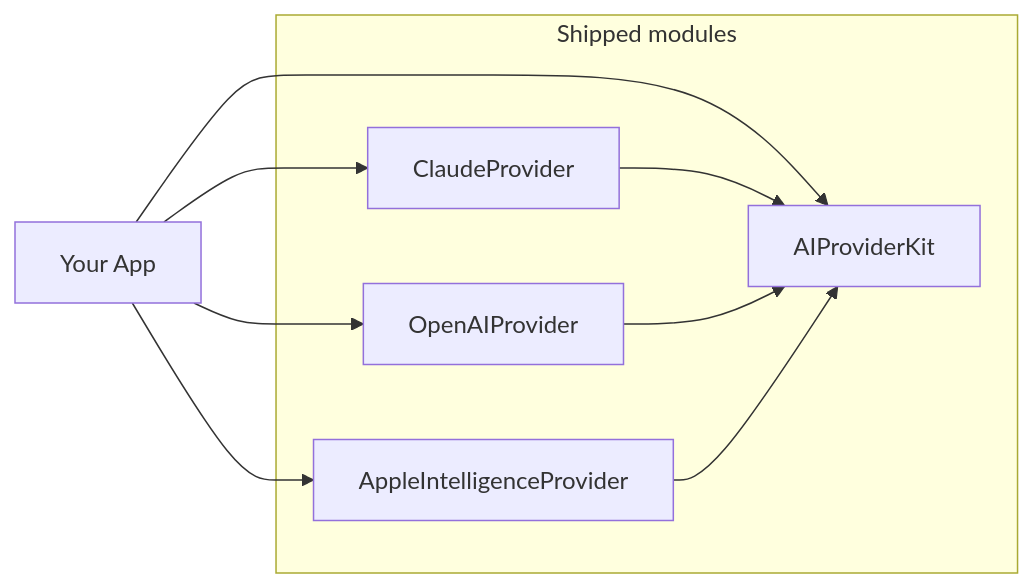
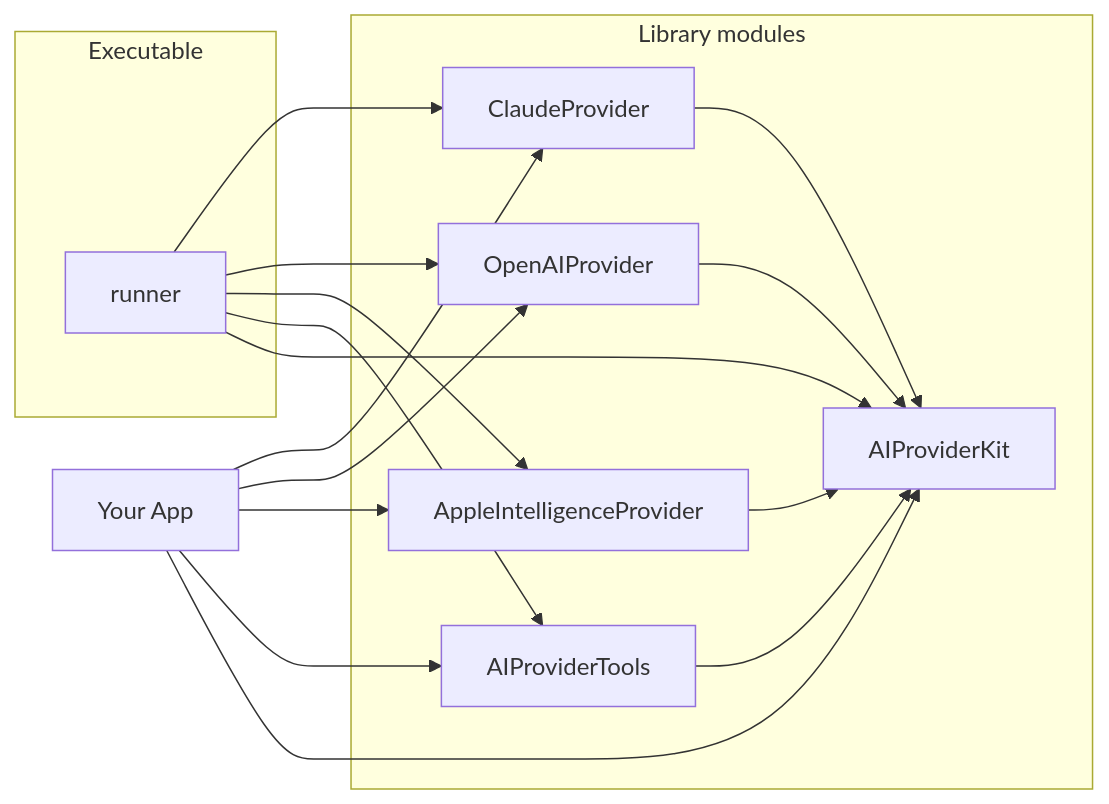
One commit to molayab/swift-ai-provider-kit changed the first of 8 diagrams in Documentation/Architecture.md. Above: the diagram before and after it, drawn with Mermaid. The commit also changed other lines of this file and 24 other files, not shown here.

First line of the commit message:
Add AIProviderTools module and runner executable

````diff
--- a/Documentation/Architecture.md
+++ b/Documentation/Architecture.md
@@ -35,20 +40,33 @@
 ```mermaid
 graph LR
     App["Your App"]
 
-    subgraph shipped["Shipped modules"]
+    subgraph libraries["Library modules"]
         Core["AIProviderKit"]
         Claude["ClaudeProvider"]
         OpenAI["OpenAIProvider"]
         FM["AppleIntelligenceProvider"]
+        Tools["AIProviderTools"]
+    end
+
+    subgraph executables["Executable"]
+        Runner["runner"]
     end
 
     App --> Claude
     App --> OpenAI
     App --> FM
+    App --> Tools
     App --> Core
 
     Claude --> Core
     OpenAI --> Core
     FM --> Core
+    Tools --> Core
+
+    Runner --> Claude
+    Runner --> OpenAI
+    Runner --> FM
+    Runner --> Tools
+    Runner --> Core
 ```
````
